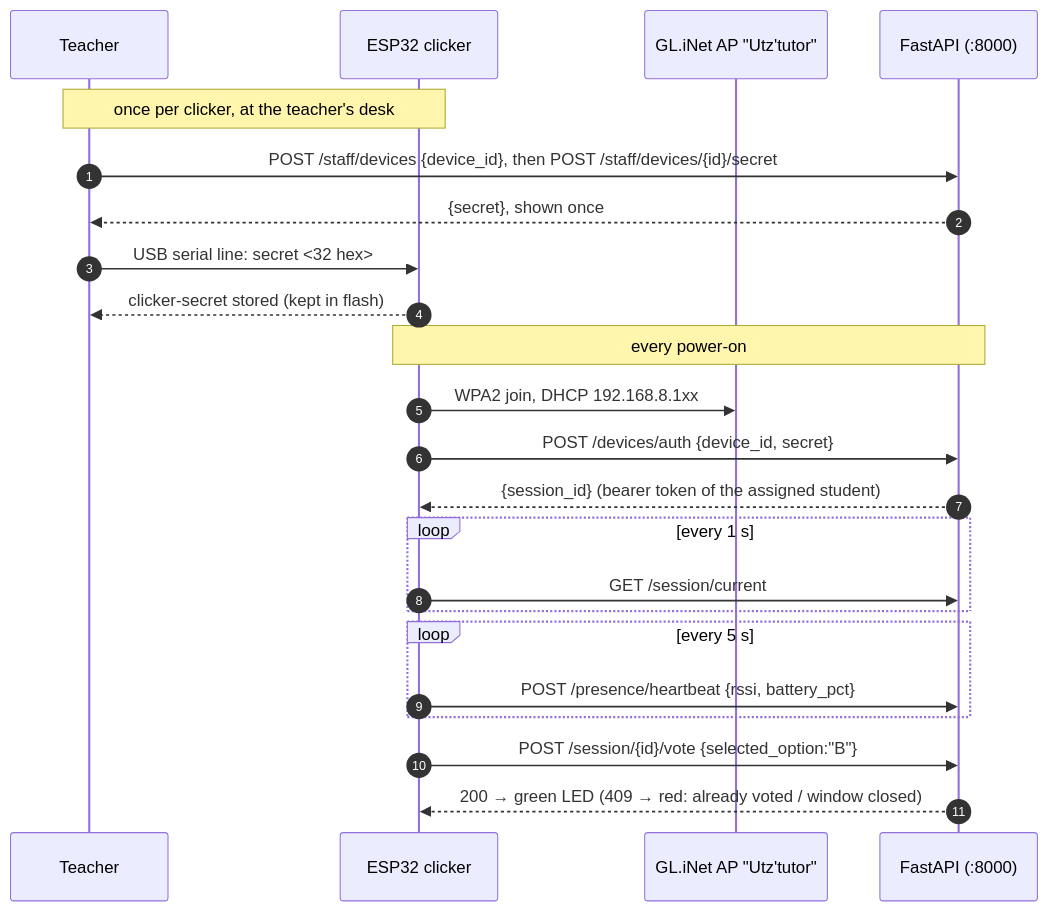
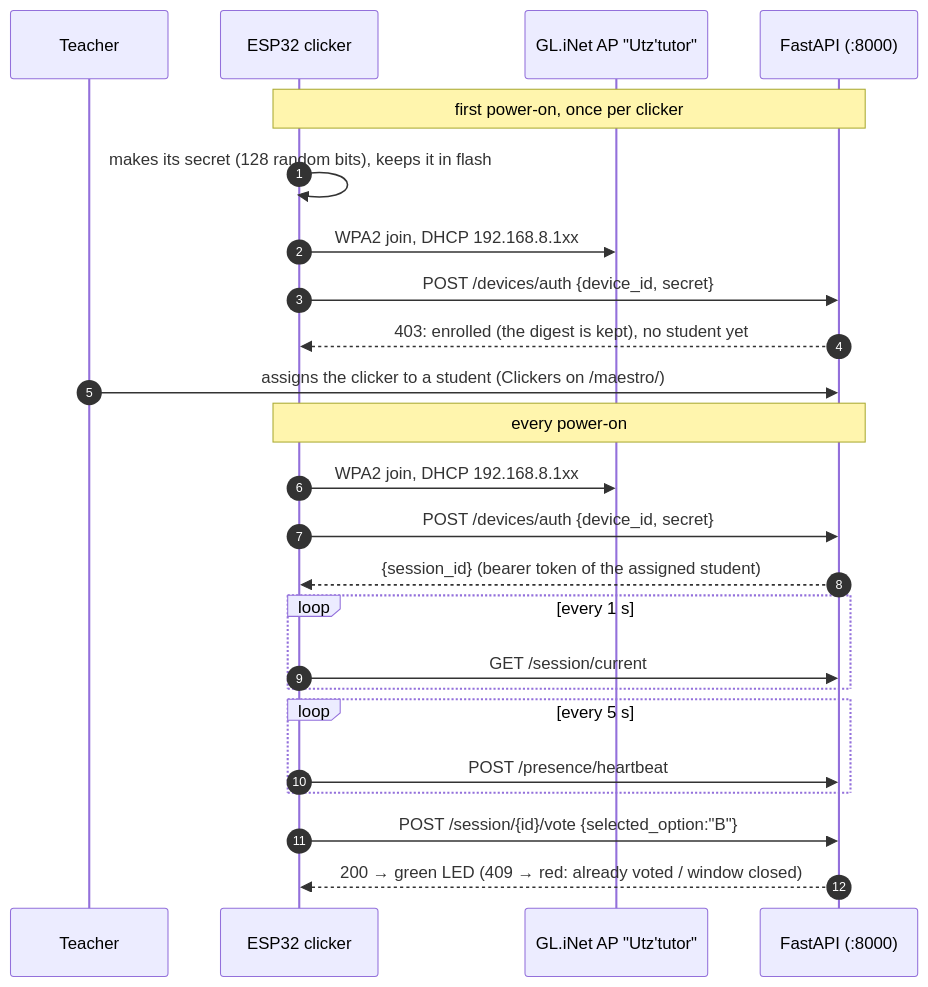
The first of 2 diagrams in docs/architecture/esp32-protocol.md (GabGP/TutorBox), drawn with Mermaid before and after one commit. The commit also changed other lines of this file and 21 other files, not shown here.

Commit message:
feat(firmware): make the clicker's own secret on first boot and add a reset gesture

````diff
--- a/docs/architecture/esp32-protocol.md
+++ b/docs/architecture/esp32-protocol.md
@@ -50,26 +50,27 @@
 ```mermaid
 sequenceDiagram
     autonumber
     participant T as Teacher
     participant ESP as ESP32 clicker
     participant AP as GL.iNet AP "Utz'tutor"
     participant API as FastAPI (:8000)
 
-    Note over T,ESP: once per clicker, at the teacher's desk
-    T->>API: POST /staff/devices {device_id}, then POST /staff/devices/{id}/secret
-    API-->>T: {secret}, shown once
-    T->>ESP: USB serial line: secret <32 hex>
-    ESP-->>T: clicker-secret stored (kept in flash)
+    Note over ESP,API: first power-on, once per clicker
+    ESP->>ESP: makes its secret (128 random bits), keeps it in flash
+    ESP->>AP: WPA2 join, DHCP 192.168.8.1xx
+    ESP->>API: POST /devices/auth {device_id, secret}
+    API-->>ESP: 403: enrolled (the digest is kept), no student yet
+    T->>API: assigns the clicker to a student (Clickers on /maestro/)
     Note over ESP,API: every power-on
     ESP->>AP: WPA2 join, DHCP 192.168.8.1xx
     ESP->>API: POST /devices/auth {device_id, secret}
     API-->>ESP: {session_id} (bearer token of the assigned student)
     loop every 1 s
         ESP->>API: GET /session/current
     end
     loop every 5 s
-        ESP->>API: POST /presence/heartbeat {rssi, battery_pct}
+        ESP->>API: POST /presence/heartbeat
     end
     ESP->>API: POST /session/{id}/vote {selected_option:"B"}
     API-->>ESP: 200 → green LED (409 → red: already voted / window closed)
 ```
````
